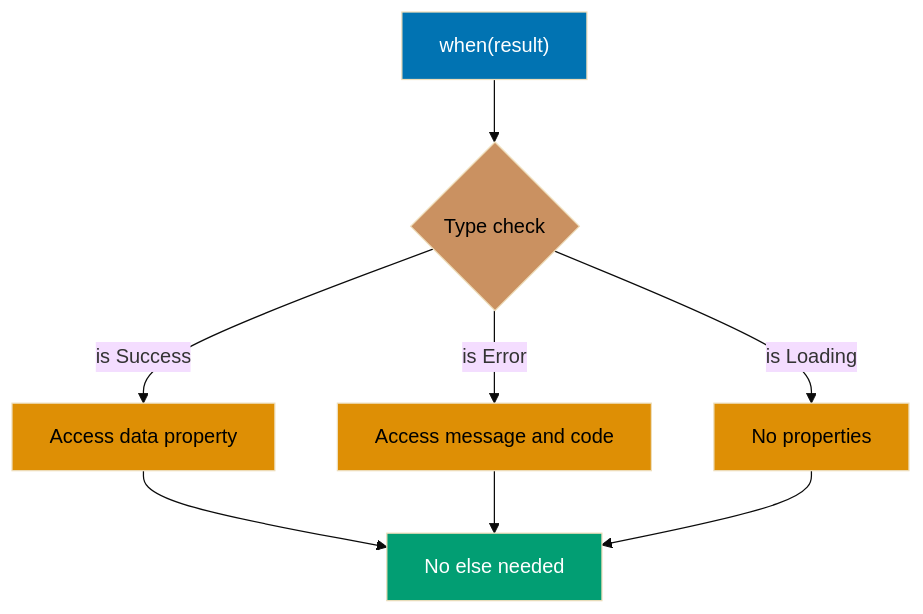
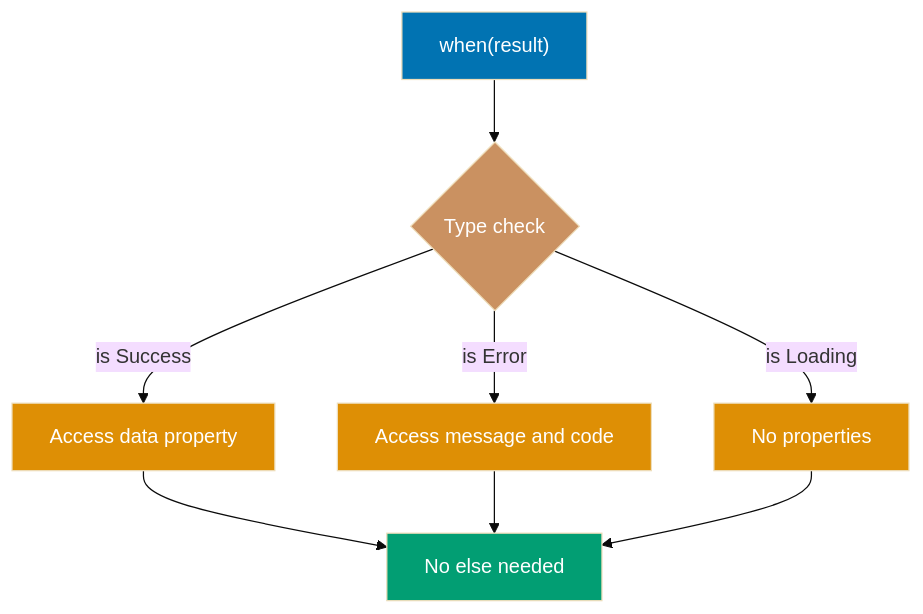
One commit to wahidyankf/open-sharia-enterprise changed the seventh of 9 diagrams in apps/ayokoding-web/content/en/learn/software-engineering/programming-languages/kotlin/by-example/beginner.md. Above: the diagram before and after it, drawn with Mermaid (base theme). The commit also changed other lines of this file and 61 other files, not shown here.

First line of the commit message:
fix(ayokoding-web): quote Mermaid node labels with special characters in Example 63

````diff
--- a/apps/ayokoding-web/content/en/learn/software-engineering/programming-languages/kotlin/by-example/beginner.md
+++ b/apps/ayokoding-web/content/en/learn/software-engineering/programming-languages/kotlin/by-example/beginner.md
@@ -1809,18 +1809,18 @@
 ```mermaid
 %% When expression flow
 graph TD
     E[when#40;result#41;] --> F{Type check}
     F -->|is Success| G[Access data property]
     F -->|is Error| H[Access message and code]
     F -->|is Loading| I[No properties]
     G --> J[No else needed]
     H --> J
     I --> J
 
     style E fill:#0173B2,color:#fff
-    style F fill:#CA9161,color:#000
-    style G fill:#DE8F05,color:#000
-    style H fill:#DE8F05,color:#000
-    style I fill:#DE8F05,color:#000
+    style F fill:#CA9161,color:#fff
+    style G fill:#DE8F05,color:#fff
+    style H fill:#DE8F05,color:#fff
+    style I fill:#DE8F05,color:#fff
     style J fill:#029E73,color:#fff
 ```
````
